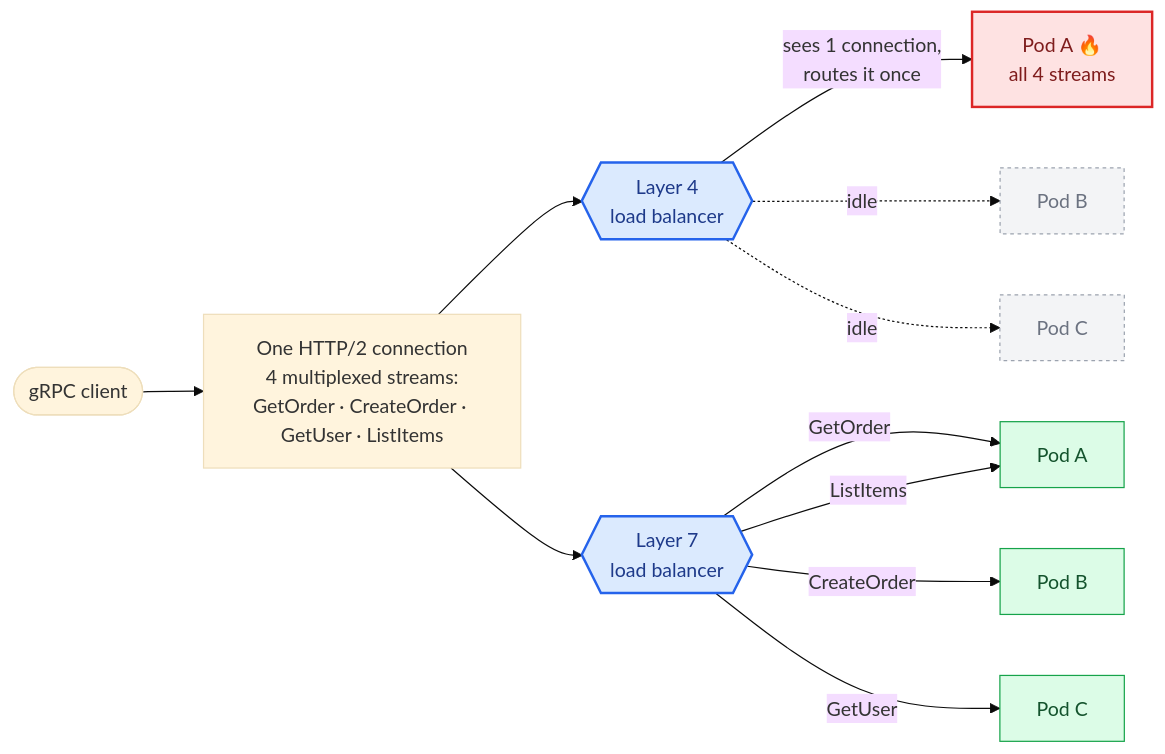
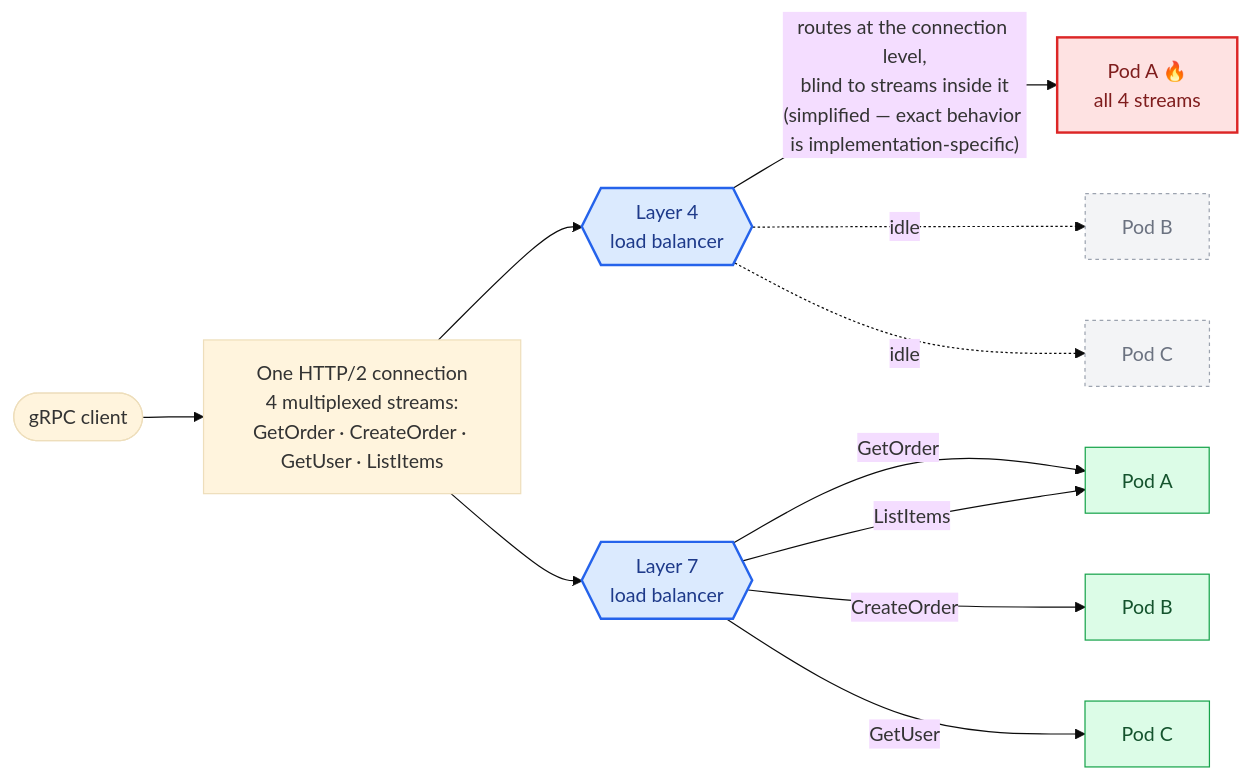
One commit to Nishamol/api-architecture-book changed the fourth of 4 diagrams in part1-foundations/02-http-fundamentals.md. Above: the diagram before and after it, drawn with Mermaid (base theme). The commit also changed other lines of this file, not shown here.

````diff
--- a/part1-foundations/02-http-fundamentals.md
+++ b/part1-foundations/02-http-fundamentals.md
@@ -193,26 +193,26 @@
 ```mermaid
 flowchart LR
     Client(["gRPC client"]) --> Conn["One HTTP/2 connection<br/>4 multiplexed streams:<br/>GetOrder · CreateOrder · GetUser · ListItems"]
 
     Conn --> L4{{"Layer 4<br/>load balancer"}}
     Conn --> L7{{"Layer 7<br/>load balancer"}}
 
-    L4 -->|"sees 1 connection,<br/>routes it once"| PodA1["Pod A 🔥<br/>all 4 streams"]
+    L4 -->|"routes at the connection level,<br/>blind to streams inside it<br/>(simplified — exact behavior is implementation-specific)"| PodA1["Pod A 🔥<br/>all 4 streams"]
     L4 -.->|idle| PodB1["Pod B"]
     L4 -.->|idle| PodC1["Pod C"]
 
     L7 -->|GetOrder| PodA2["Pod A"]
     L7 -->|CreateOrder| PodB2["Pod B"]
     L7 -->|GetUser| PodC2["Pod C"]
     L7 -->|ListItems| PodA2
 
     classDef hot fill:#fee2e2,stroke:#dc2626,color:#7f1d1d,stroke-width:2px
     classDef idle fill:#f3f4f6,stroke:#9ca3af,color:#6b7280,stroke-dasharray: 3 3
     classDef balanced fill:#dcfce7,stroke:#16a34a,color:#14532d
     classDef lb fill:#dbeafe,stroke:#2563eb,color:#1e3a8a,stroke-width:2px
 
     class PodA1 hot
     class PodB1,PodC1 idle
     class PodA2,PodB2,PodC2 balanced
     class L4,L7 lb
 ```
````
